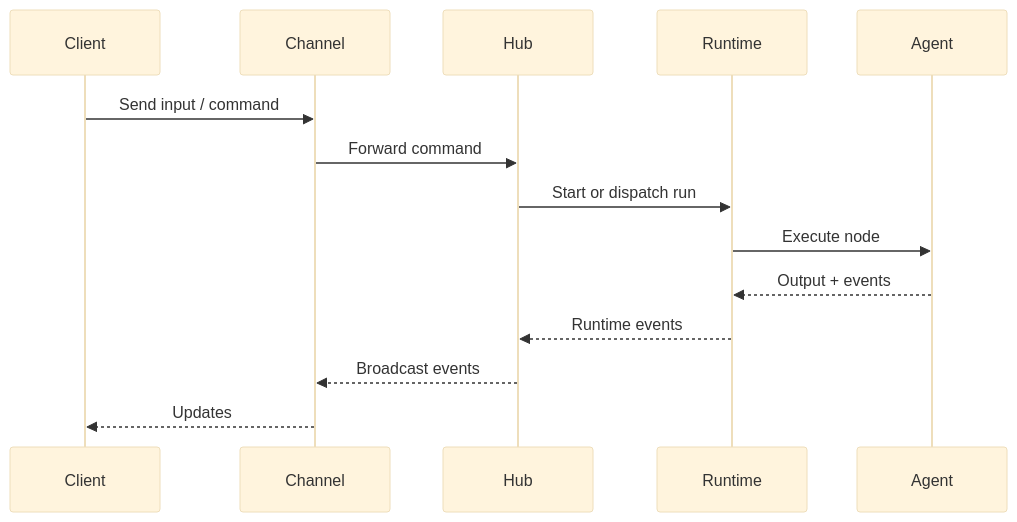
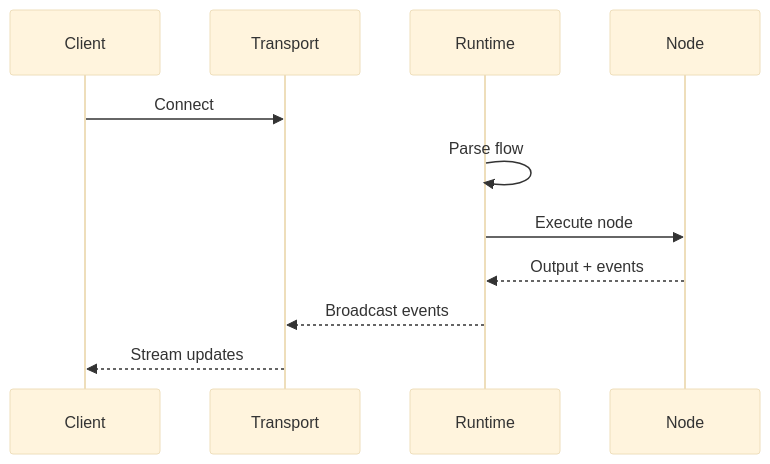
Before and after one commit to Open-Harness/open-harness: the second of 2 diagrams in apps/docs/content/docs/concepts/architecture.mdx, drawn with Mermaid (base theme). The commit also changed other lines of this file and 20 other files, not shown here.

````diff
--- a/apps/docs/content/docs/concepts/architecture.mdx
+++ b/apps/docs/content/docs/concepts/architecture.mdx
@@ -61,17 +63,14 @@
 ```mermaid
 sequenceDiagram
   participant Client
-  participant Channel
-  participant Hub
+  participant Transport
   participant Runtime
-  participant Agent
+  participant Node
 
-  Client->>Channel: Send input / command
-  Channel->>Hub: Forward command
-  Hub->>Runtime: Start or dispatch run
-  Runtime->>Agent: Execute node
-  Agent-->>Runtime: Output + events
-  Runtime-->>Hub: Runtime events
-  Hub-->>Channel: Broadcast events
-  Channel-->>Client: Updates
+  Client->>Transport: Connect
+  Runtime->>Runtime: Parse flow
+  Runtime->>Node: Execute node
+  Node-->>Runtime: Output + events
+  Runtime-->>Transport: Broadcast events
+  Transport-->>Client: Stream updates
 ```
````
